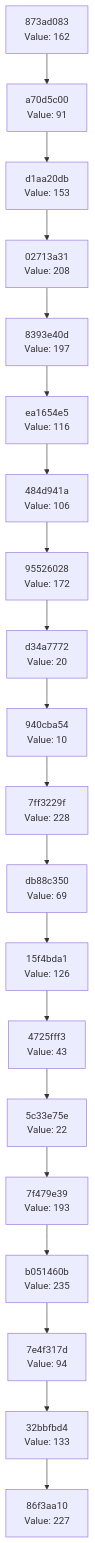
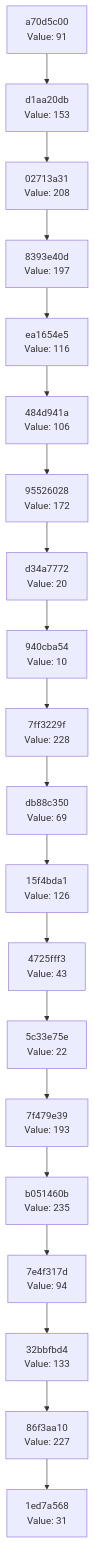
One commit to Abhisheksinha1506/hash-chain-evolver changed the diagram in docs/CHAIN_VISUALIZATION.md. Above: the diagram before and after it, drawn with Mermaid. The commit also changed 1 other file, not shown here.

Commit message:
Evolution Step

````diff
--- a/docs/CHAIN_VISUALIZATION.md
+++ b/docs/CHAIN_VISUALIZATION.md
@@ -3,42 +3,42 @@
 ```mermaid
 graph TD
-    C0["86f3aa10<br/>Value: 227"]
-    C1["32bbfbd4<br/>Value: 133"]
+    C0["1ed7a568<br/>Value: 31"]
+    C1["86f3aa10<br/>Value: 227"]
     C1 --> C0
-    C2["7e4f317d<br/>Value: 94"]
+    C2["32bbfbd4<br/>Value: 133"]
     C2 --> C1
-    C3["b051460b<br/>Value: 235"]
+    C3["7e4f317d<br/>Value: 94"]
     C3 --> C2
-    C4["7f479e39<br/>Value: 193"]
+    C4["b051460b<br/>Value: 235"]
     C4 --> C3
-    C5["5c33e75e<br/>Value: 22"]
+    C5["7f479e39<br/>Value: 193"]
     C5 --> C4
-    C6["4725fff3<br/>Value: 43"]
+    C6["5c33e75e<br/>Value: 22"]
     C6 --> C5
-    C7["15f4bda1<br/>Value: 126"]
+    C7["4725fff3<br/>Value: 43"]
     C7 --> C6
-    C8["db88c350<br/>Value: 69"]
+    C8["15f4bda1<br/>Value: 126"]
     C8 --> C7
-    C9["7ff3229f<br/>Value: 228"]
+    C9["db88c350<br/>Value: 69"]
     C9 --> C8
-    C10["940cba54<br/>Value: 10"]
+    C10["7ff3229f<br/>Value: 228"]
     C10 --> C9
-    C11["d34a7772<br/>Value: 20"]
+    C11["940cba54<br/>Value: 10"]
     C11 --> C10
-    C12["95526028<br/>Value: 172"]
+    C12["d34a7772<br/>Value: 20"]
     C12 --> C11
-    C13["484d941a<br/>Value: 106"]
+    C13["95526028<br/>Value: 172"]
     C13 --> C12
-    C14["ea1654e5<br/>Value: 116"]
+    C14["484d941a<br/>Value: 106"]
     C14 --> C13
-    C15["8393e40d<br/>Value: 197"]
+    C15["ea1654e5<br/>Value: 116"]
     C15 --> C14
-    C16["02713a31<br/>Value: 208"]
+    C16["8393e40d<br/>Value: 197"]
     C16 --> C15
-    C17["d1aa20db<br/>Value: 153"]
+    C17["02713a31<br/>Value: 208"]
     C17 --> C16
-    C18["a70d5c00<br/>Value: 91"]
+    C18["d1aa20db<br/>Value: 153"]
     C18 --> C17
-    C19["873ad083<br/>Value: 162"]
+    C19["a70d5c00<br/>Value: 91"]
     C19 --> C18
 ```
````
